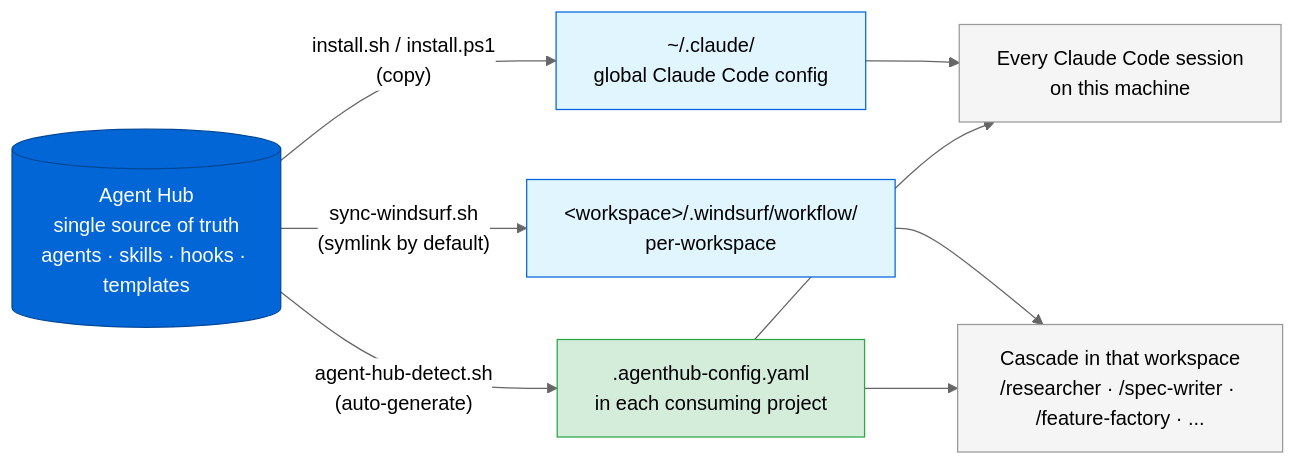
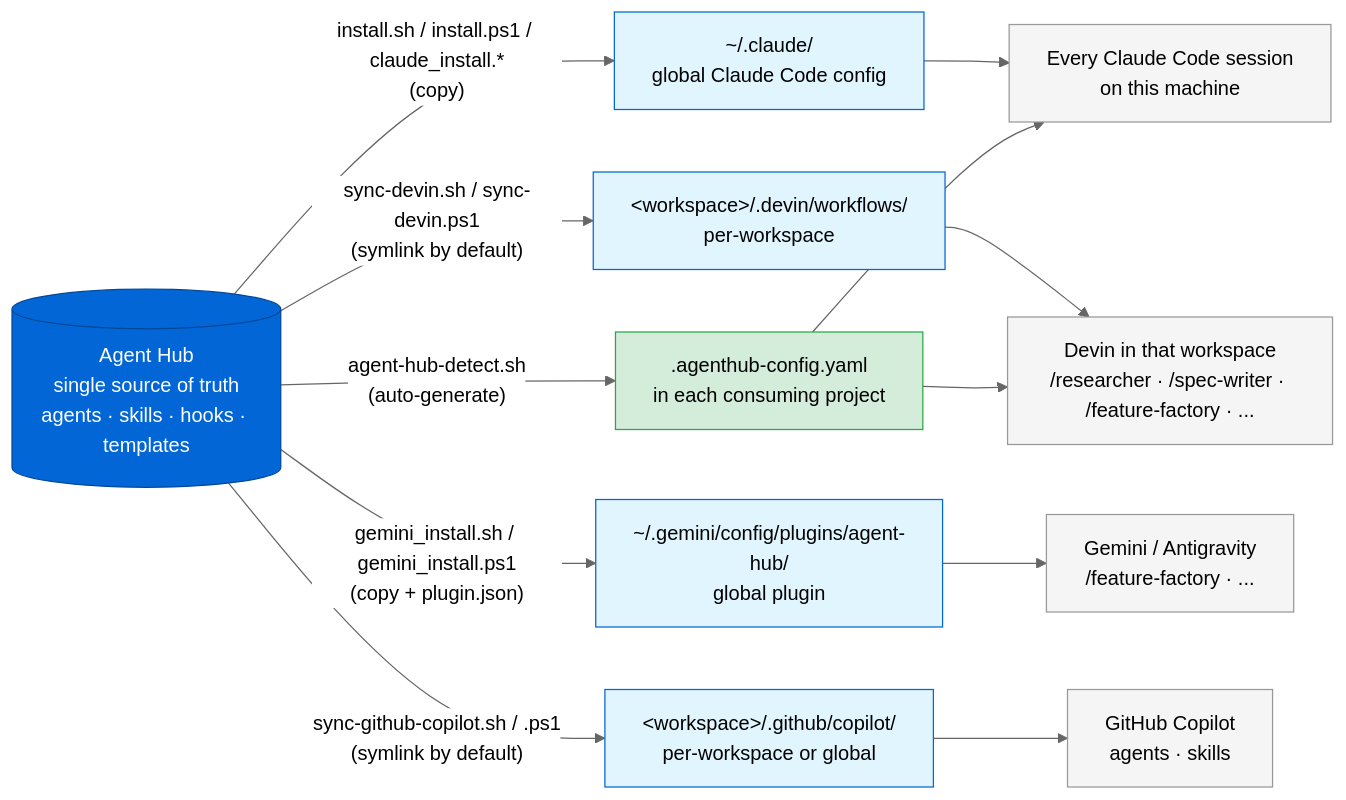
Before and after one commit to kpassoubady/agent-hub: the diagram in diagrams/02-distribution.md, drawn with Mermaid (neutral theme). The commit also changed other lines of this file and 18 other files, not shown here.

First line of the commit message:
feat: add per-tool installers and install_all for Claude, Devin, Gemini, and Copilot. (#7)

````diff
--- a/diagrams/02-distribution.md
+++ b/diagrams/02-distribution.md
@@ -7,20 +7,28 @@
 ```mermaid
 flowchart LR
     Hub[(Agent Hub<br/>single source of truth<br/>agents · skills · hooks · templates)]
 
-    Hub -->|"install.sh / install.ps1<br/>(copy)"| ClaudeHome["~/.claude/<br/>global Claude Code config"]
-    Hub -->|"sync-windsurf.sh<br/>(symlink by default)"| WSWorkspace["&lt;workspace&gt;/.windsurf/workflow/<br/>per-workspace"]
+    Hub -->|"install.sh / install.ps1 / claude_install.*<br/>(copy)"| ClaudeHome["~/.claude/<br/>global Claude Code config"]
+    Hub -->|"sync-devin.sh / sync-devin.ps1<br/>(symlink by default)"| DevinWorkspace["&lt;workspace&gt;/.devin/workflows/<br/>per-workspace"]
+    Hub -->|"gemini_install.sh / gemini_install.ps1<br/>(copy + plugin.json)"| GeminiPlugin["~/.gemini/config/plugins/agent-hub/<br/>global plugin"]
+    Hub -->|"sync-github-copilot.sh / .ps1<br/>(symlink by default)"| CopilotWorkspace["&lt;workspace&gt;/.github/copilot/<br/>per-workspace or global"]
     Hub -->|"agent-hub-detect.sh<br/>(auto-generate)"| Config[".agenthub-config.yaml<br/>in each consuming project"]
 
     ClaudeHome --> AllClaudeSessions["Every Claude Code session<br/>on this machine"]
-    WSWorkspace --> Cascade["Cascade in that workspace<br/>/researcher · /spec-writer · /feature-factory · ..."]
+    DevinWorkspace --> DevinSessions["Devin in that workspace<br/>/researcher · /spec-writer · /feature-factory · ..."]
+    GeminiPlugin --> GeminiSessions["Gemini / Antigravity<br/>/feature-factory · ..."]
+    CopilotWorkspace --> CopilotSessions["GitHub Copilot<br/>agents · skills"]
     Config --> AllClaudeSessions
-    Config --> Cascade
+    Config --> DevinSessions
 
     style Hub fill:#0366d6,stroke:#024899,color:#fff
     style ClaudeHome fill:#e1f5ff,stroke:#0366d6,color:#000
-    style WSWorkspace fill:#e1f5ff,stroke:#0366d6,color:#000
+    style DevinWorkspace fill:#e1f5ff,stroke:#0366d6,color:#000
+    style GeminiPlugin fill:#e1f5ff,stroke:#0366d6,color:#000
+    style CopilotWorkspace fill:#e1f5ff,stroke:#0366d6,color:#000
     style Config fill:#d4edda,stroke:#28a745,color:#000
     style AllClaudeSessions fill:#f5f5f5,stroke:#999,color:#000
-    style Cascade fill:#f5f5f5,stroke:#999,color:#000
+    style DevinSessions fill:#f5f5f5,stroke:#999,color:#000
+    style GeminiSessions fill:#f5f5f5,stroke:#999,color:#000
+    style CopilotSessions fill:#f5f5f5,stroke:#999,color:#000
 ```
````
